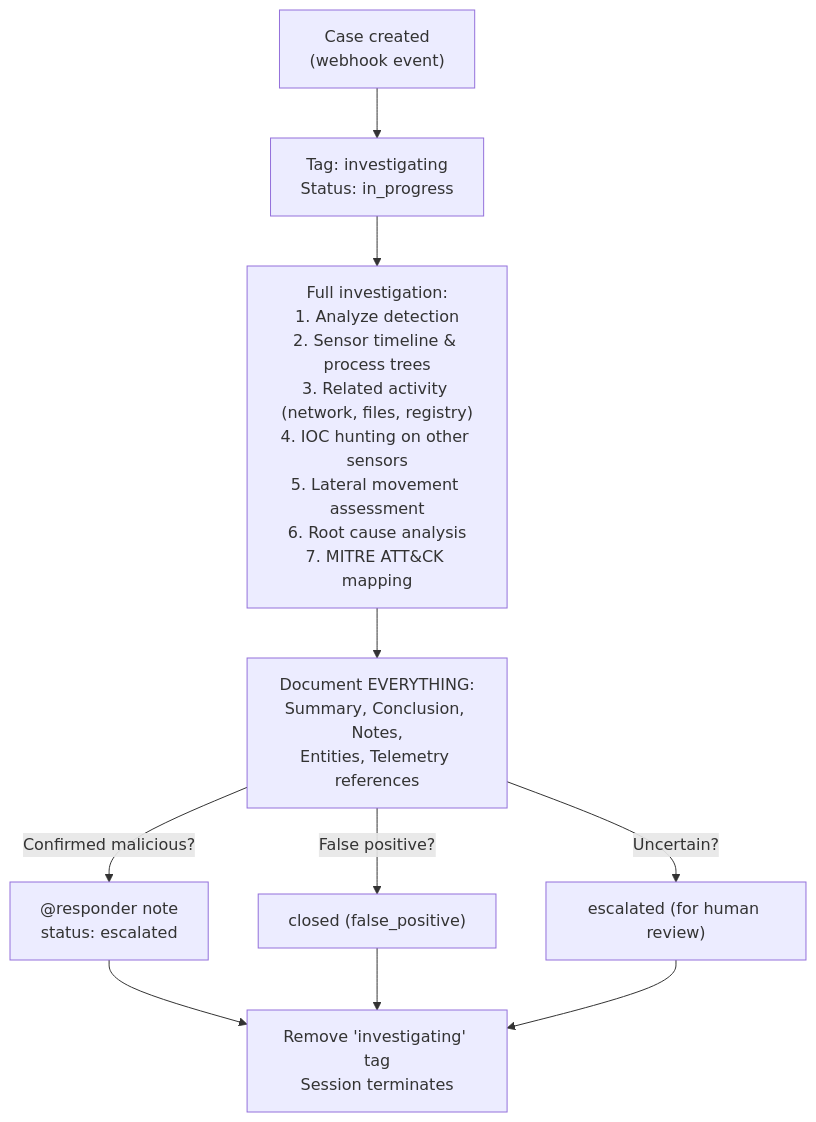
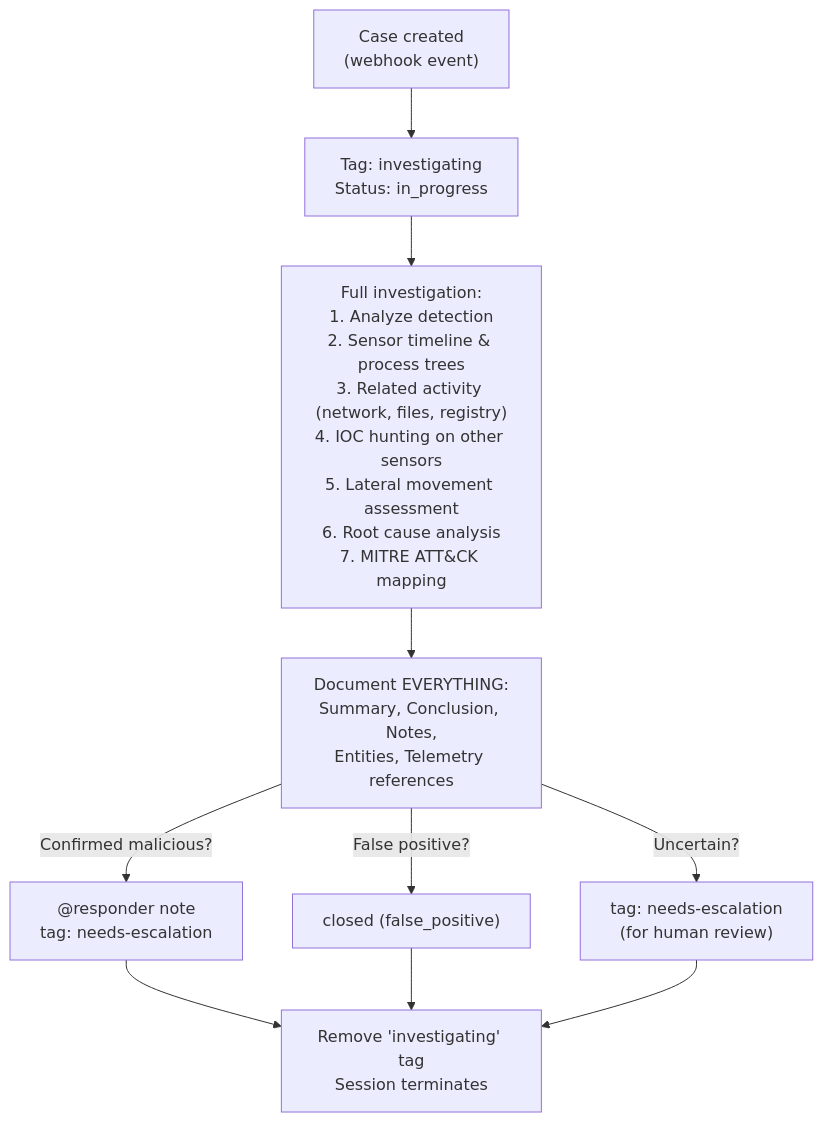
The diagram in lc-soc/lean-soc/investigator/README.md (refractionPOINT/lc-ai), drawn with Mermaid before and after one commit. The commit also changed 46 other files, not shown here.

First line of the commit message:
Fix case CLI flags and remove dead escalated status across all agents

````diff
--- a/lc-soc/lean-soc/investigator/README.md
+++ b/lc-soc/lean-soc/investigator/README.md
@@ -7,12 +7,12 @@
 ```mermaid
 flowchart TD
     trigger["Case created<br/>(webhook event)"] --> tag["Tag: investigating<br/>Status: in_progress"]
     tag --> investigation["Full investigation:<br/>1. Analyze detection<br/>2. Sensor timeline & process trees<br/>3. Related activity (network, files, registry)<br/>4. IOC hunting on other sensors<br/>5. Lateral movement assessment<br/>6. Root cause analysis<br/>7. MITRE ATT&CK mapping"]
     investigation --> doc["Document EVERYTHING:<br/>Summary, Conclusion, Notes,<br/>Entities, Telemetry references"]
-    doc -->|Confirmed malicious?| contain["@responder note<br/>status: escalated"]
+    doc -->|Confirmed malicious?| contain["@responder note<br/>tag: needs-escalation"]
     doc -->|False positive?| closed["closed (false_positive)"]
-    doc -->|Uncertain?| escalated["escalated (for human review)"]
+    doc -->|Uncertain?| escalated["tag: needs-escalation<br/>(for human review)"]
     contain --> cleanup["Remove 'investigating' tag<br/>Session terminates"]
     closed --> cleanup
     escalated --> cleanup
 ```
````
